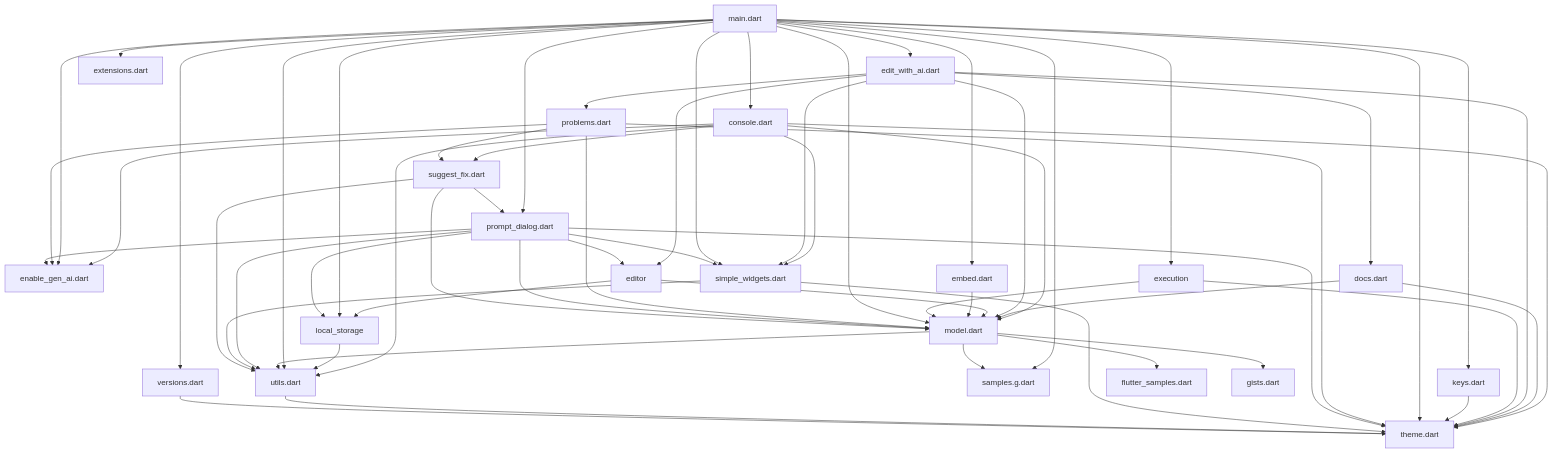
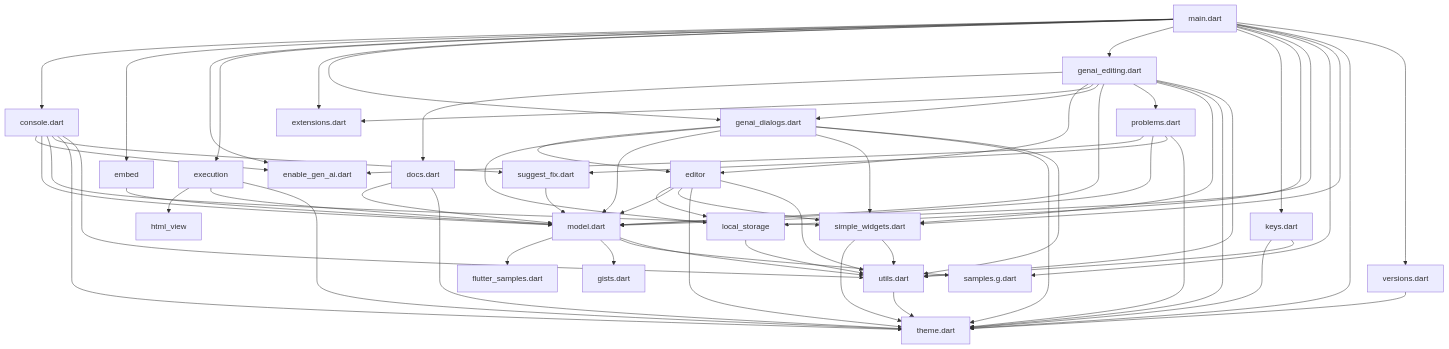
The diagram in pkgs/dartpad_ui/lib/DEPENDENCIES.md (dart-lang/dart-pad), drawn with Mermaid before and after one commit. The commit also changed 9 other files, not shown here.

````diff
--- a/pkgs/dartpad_ui/lib/DEPENDENCIES.md
+++ b/pkgs/dartpad_ui/lib/DEPENDENCIES.md
@@ -6,61 +6,65 @@
 ```mermaid
 flowchart TD;
 console.dart-->enable_gen_ai.dart;
 console.dart-->model.dart;
 console.dart-->simple_widgets.dart;
 console.dart-->suggest_fix.dart;
 console.dart-->theme.dart;
 console.dart-->utils.dart;
 docs.dart-->model.dart;
 docs.dart-->theme.dart;
-edit_with_ai.dart-->docs.dart;
-edit_with_ai.dart-->editor;
-edit_with_ai.dart-->model.dart;
-edit_with_ai.dart-->problems.dart;
-edit_with_ai.dart-->simple_widgets.dart;
-edit_with_ai.dart-->theme.dart;
 editor-->local_storage;
 editor-->model.dart;
-embed.dart-->model.dart;
+editor-->simple_widgets.dart;
+editor-->theme.dart;
+editor-->utils.dart;
+embed-->model.dart;
+execution-->html_view;
 execution-->model.dart;
 execution-->theme.dart;
+genai_dialogs.dart-->editor;
+genai_dialogs.dart-->local_storage;
+genai_dialogs.dart-->model.dart;
+genai_dialogs.dart-->simple_widgets.dart;
+genai_dialogs.dart-->theme.dart;
+genai_dialogs.dart-->utils.dart;
+genai_editing.dart-->docs.dart;
+genai_editing.dart-->editor;
+genai_editing.dart-->extensions.dart;
+genai_editing.dart-->genai_dialogs.dart;
+genai_editing.dart-->model.dart;
+genai_editing.dart-->problems.dart;
+genai_editing.dart-->simple_widgets.dart;
+genai_editing.dart-->theme.dart;
+genai_editing.dart-->utils.dart;
 keys.dart-->theme.dart;
+keys.dart-->utils.dart;
 local_storage-->utils.dart;
 main.dart-->console.dart;
-main.dart-->edit_with_ai.dart;
-main.dart-->embed.dart;
+main.dart-->embed;
 main.dart-->enable_gen_ai.dart;
 main.dart-->execution;
 main.dart-->extensions.dart;
+main.dart-->genai_dialogs.dart;
+main.dart-->genai_editing.dart;
 main.dart-->keys.dart;
 main.dart-->local_storage;
 main.dart-->model.dart;
-main.dart-->prompt_dialog.dart;
 main.dart-->samples.g.dart;
 main.dart-->simple_widgets.dart;
 main.dart-->theme.dart;
-main.dart-->utils.dart;
 main.dart-->versions.dart;
 model.dart-->flutter_samples.dart;
 model.dart-->gists.dart;
 model.dart-->samples.g.dart;
 model.dart-->utils.dart;
 problems.dart-->enable_gen_ai.dart;
 problems.dart-->model.dart;
 problems.dart-->suggest_fix.dart;
 problems.dart-->theme.dart;
-prompt_dialog.dart-->editor;
-prompt_dialog.dart-->enable_gen_ai.dart;
-prompt_dialog.dart-->local_storage;
-prompt_dialog.dart-->model.dart;
-prompt_dialog.dart-->simple_widgets.dart;
-prompt_dialog.dart-->theme.dart;
-prompt_dialog.dart-->utils.dart;
 simple_widgets.dart-->theme.dart;
 simple_widgets.dart-->utils.dart;
 suggest_fix.dart-->model.dart;
-suggest_fix.dart-->prompt_dialog.dart;
-suggest_fix.dart-->utils.dart;
 utils.dart-->theme.dart;
 versions.dart-->theme.dart;
 ```
````
